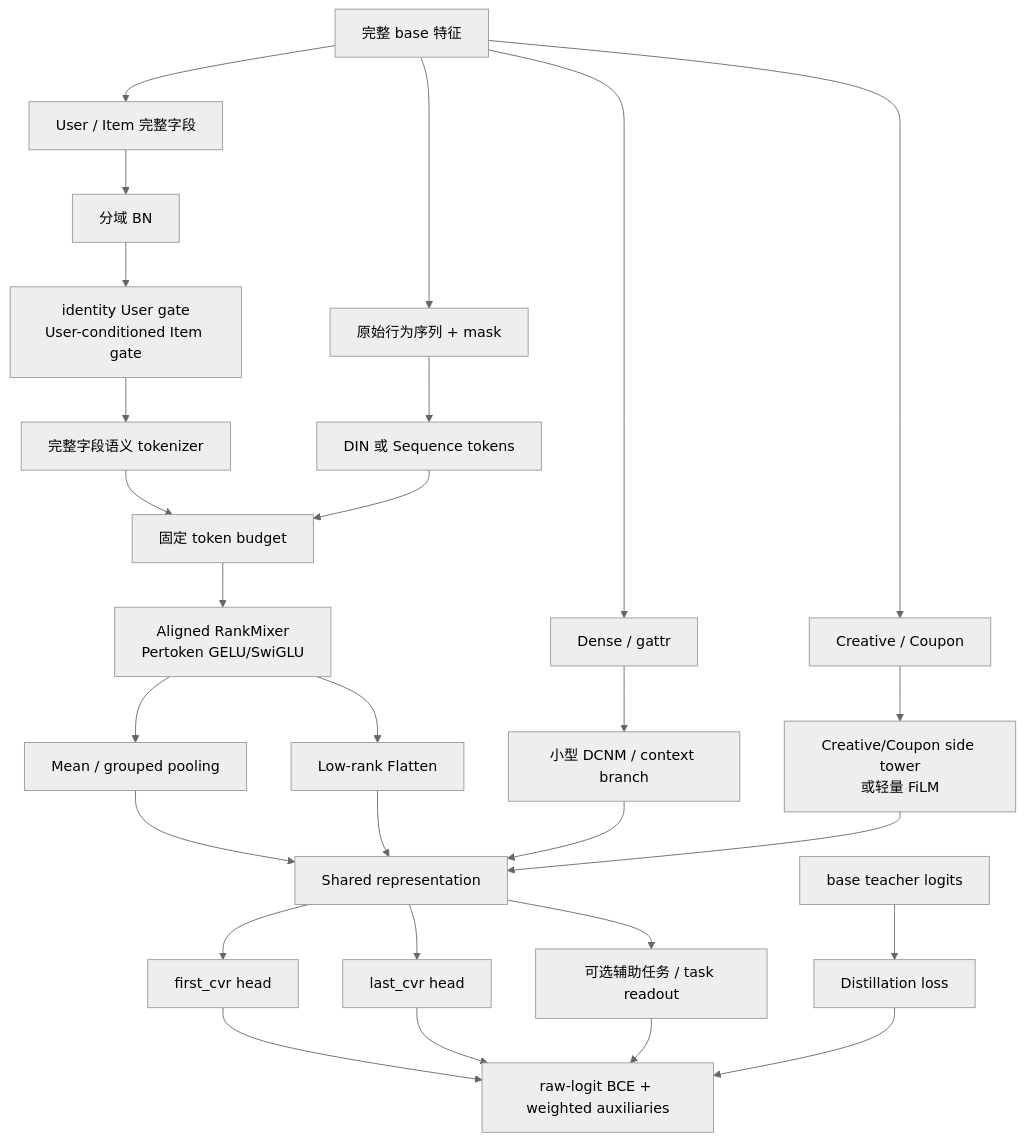
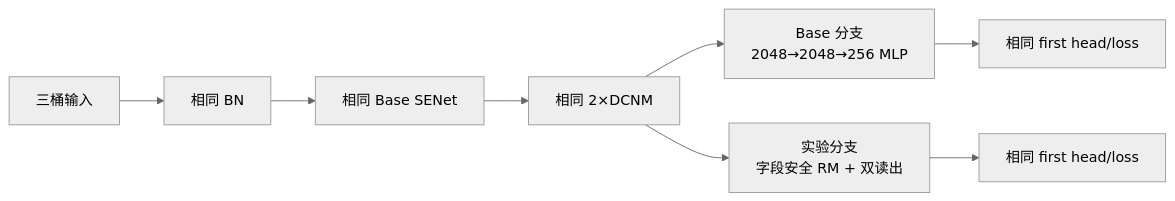
Before and after one commit to Bolt00Y/RAS: the second of 5 diagrams in rankmixer/CVR_RankMixer_v1_改进方案汇总与选型指南.md, drawn with Mermaid (neutral theme). The commit also changed other lines of this file and 4 other files, not shown here.

Commit message:
Correct RankMixer base comparison

````diff
--- a/rankmixer/CVR_RankMixer_v1_改进方案汇总与选型指南.md
+++ b/rankmixer/CVR_RankMixer_v1_改进方案汇总与选型指南.md
@@ -145,34 +405,10 @@
-```mermaid
-flowchart TD
-    A["完整 base 特征"] --> U["User / Item 完整字段"]
-    A --> S["原始行为序列 + mask"]
-    A --> D["Dense / gattr"]
-    A --> C["Creative / Coupon"]
-
-    U --> BN["分域 BN"]
-    BN --> G["identity User gate<br/>User-conditioned Item gate"]
-    G --> TOK["完整字段语义 tokenizer"]
-    S --> DIN["DIN 或 Sequence tokens"]
-    TOK --> X["固定 token budget"]
-    DIN --> X
-
-    X --> RM["Aligned RankMixer<br/>Pertoken GELU/SwiGLU"]
-    RM --> MEAN["Mean / grouped pooling"]
-    RM --> FLAT["Low-rank Flatten"]
-
-    D --> CROSS["小型 DCNM / context branch"]
-    C --> SIDE["Creative/Coupon side tower<br/>或轻量 FiLM"]
-    MEAN --> FUSE["Shared representation"]
-    FLAT --> FUSE
-    CROSS --> FUSE
-    SIDE --> FUSE
-
-    FUSE --> F["first_cvr head"]
-    FUSE --> L["last_cvr head"]
-    FUSE --> AUX["可选辅助任务 / task readout"]
-    TEACHER["base teacher logits"] --> KD["Distillation loss"]
-    F --> LOSS["raw-logit BCE + weighted auxiliaries"]
-    L --> LOSS
-    AUX --> LOSS
-    KD --> LOSS
-```
+~~~mermaid
+flowchart LR
+    X["三桶输入"] --> BN["相同 BN"]
+    BN --> S["相同 Base SENet"]
+    S --> D["相同 2×DCNM"]
+    D --> A["Base 分支<br/>2048→2048→256 MLP"]
+    D --> B["实验分支<br/>字段安全 RM + 双读出"]
+    A --> H1["相同 first head/loss"]
+    B --> H2["相同 first head/loss"]
+~~~
````
